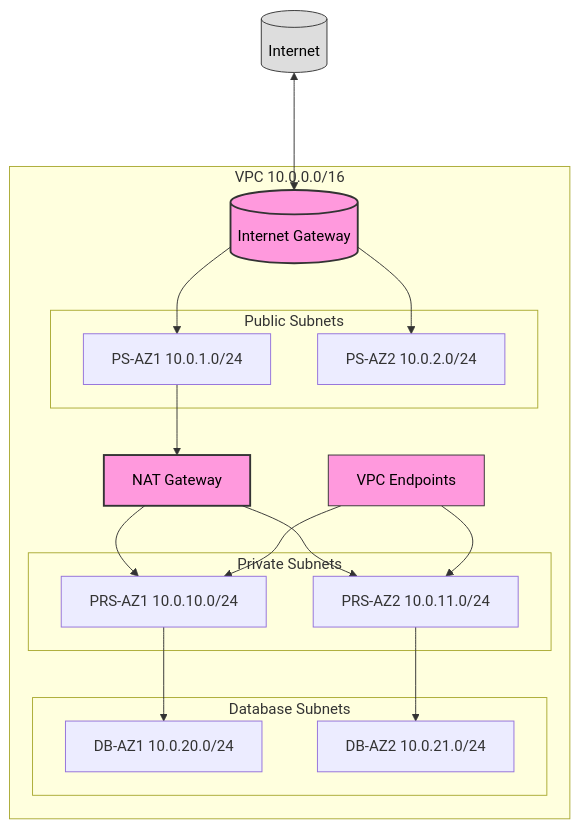
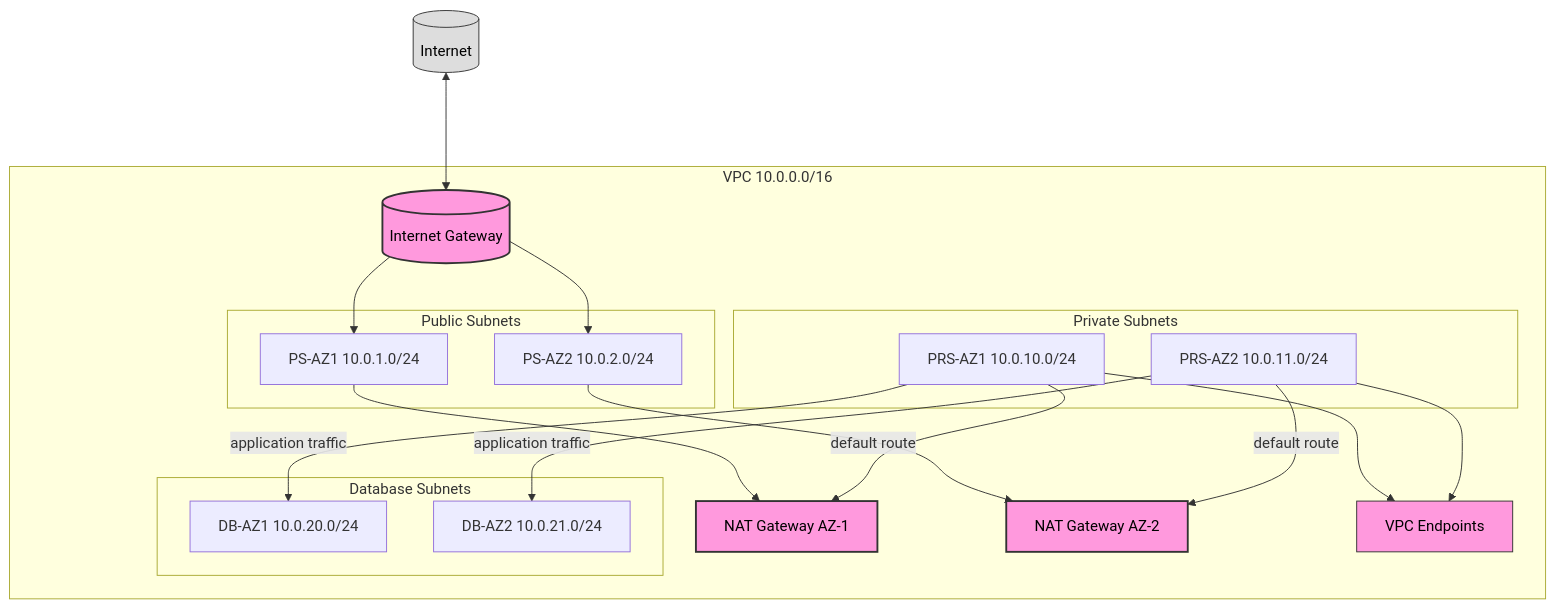
The first of 2 diagrams in Core-Services/VPC-Best-Practices.md (AlexanderBesss/AWS_best_praactices), drawn with Mermaid before and after one commit. The commit also changed other lines of this file and 31 other files, not shown here.

````diff
--- a/Core-Services/VPC-Best-Practices.md
+++ b/Core-Services/VPC-Best-Practices.md
@@ -29,34 +29,37 @@
 ```mermaid
 graph TB
     subgraph VPC[VPC 10.0.0.0/16]
         subgraph Public[Public Subnets]
             PS1[PS-AZ1 10.0.1.0/24]
             PS2[PS-AZ2 10.0.2.0/24]
         end
         subgraph Private[Private Subnets]
             PRS1[PRS-AZ1 10.0.10.0/24]
             PRS2[PRS-AZ2 10.0.11.0/24]
         end
         subgraph DB[Database Subnets]
             DB1[DB-AZ1 10.0.20.0/24]
             DB2[DB-AZ2 10.0.21.0/24]
         end
         IGW[(Internet Gateway)]
-        NAT[NAT Gateway]
+        NAT1[NAT Gateway AZ-1]
+        NAT2[NAT Gateway AZ-2]
         VPCE[VPC Endpoints]
     end
     Internet[(Internet)] <---> IGW
     IGW --> PS1
     IGW --> PS2
-    PS1 --> NAT
-    NAT --> PRS1
-    NAT --> PRS2
-    VPCE --> PRS1
-    VPCE --> PRS2
-    PRS1 --> DB1
-    PRS2 --> DB2
+    PS1 --> NAT1
+    PS2 --> NAT2
+    PRS1 -->|default route| NAT1
+    PRS2 -->|default route| NAT2
+    PRS1 --> VPCE
+    PRS2 --> VPCE
+    PRS1 -->|application traffic| DB1
+    PRS2 -->|application traffic| DB2
     style IGW fill:#f9d,stroke:#333,stroke-width:2px,color:#000
-    style NAT fill:#f9d,stroke:#333,stroke-width:2px,color:#000
+    style NAT1 fill:#f9d,stroke:#333,stroke-width:2px,color:#000
+    style NAT2 fill:#f9d,stroke:#333,stroke-width:2px,color:#000
     style VPCE fill:#f9d,stroke:#333,color:#000
     style Internet fill:#ddd,stroke:#333,color:#000
 ```
````
